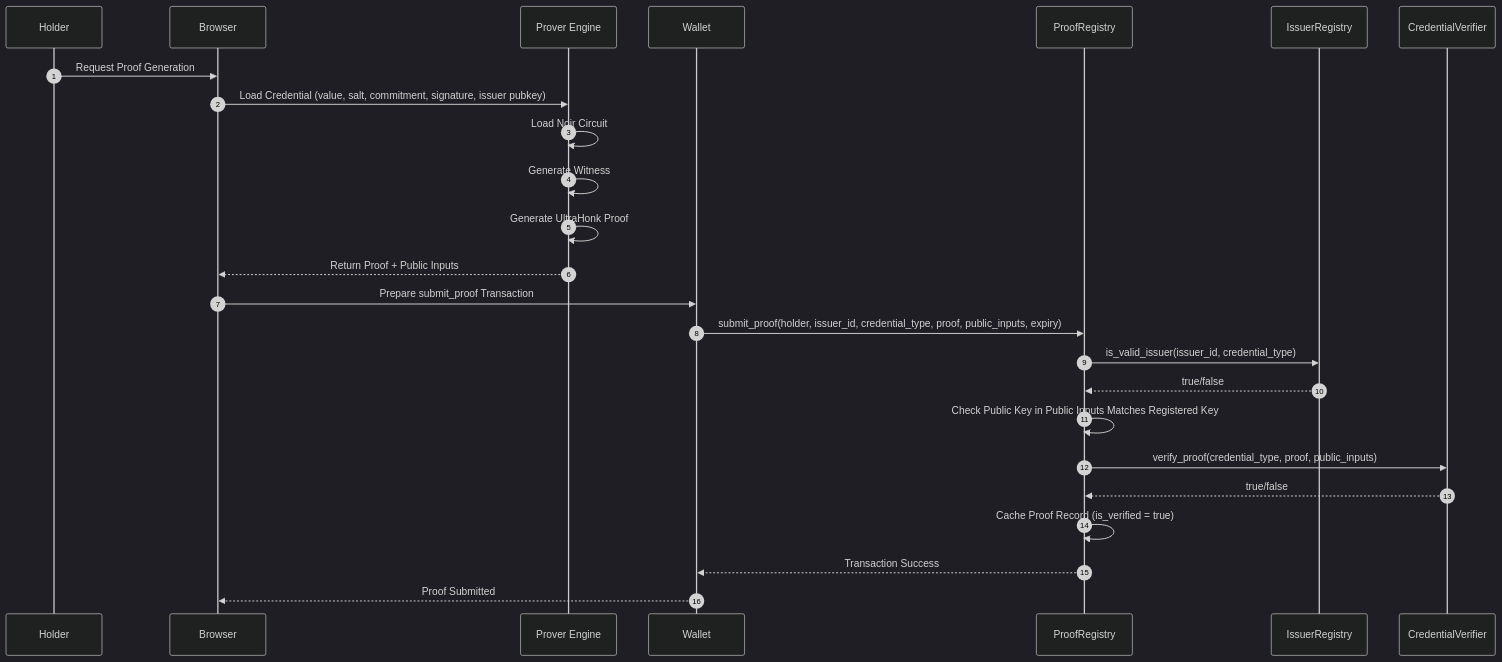
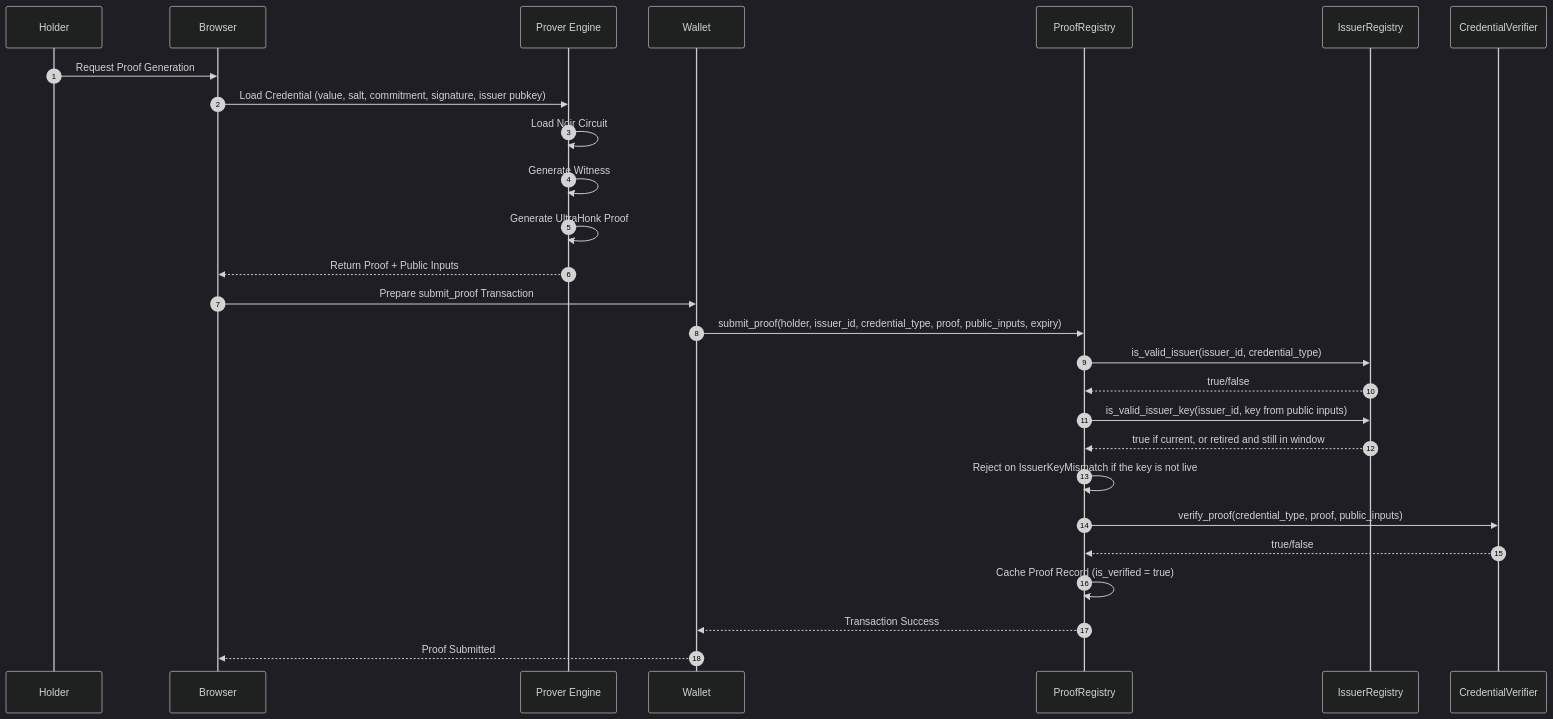
The third of 4 diagrams in docs/ARCHITECTURE.md (AGWAM001/StellarCred), drawn with Mermaid (dark theme) before and after one commit. The commit also changed other lines of this file and 51 other files, not shown here.

First line of the commit message:
feat(issuer-registry): support selective re-issuance on signing key rotation

````diff
--- a/docs/ARCHITECTURE.md
+++ b/docs/ARCHITECTURE.md
@@ -135,28 +135,30 @@
 ```mermaid
 sequenceDiagram
     autonumber
     participant Holder as Holder
     participant Browser as Browser
     participant Prover as Prover Engine
     participant Wallet as Wallet
     participant ProofRegistry as ProofRegistry
     participant IssuerRegistry as IssuerRegistry
     participant Verifier as CredentialVerifier
     
     Holder->>Browser: Request Proof Generation
     Browser->>Prover: Load Credential (value, salt, commitment, signature, issuer pubkey)
     Prover->>Prover: Load Noir Circuit
     Prover->>Prover: Generate Witness
     Prover->>Prover: Generate UltraHonk Proof
     Prover-->>Browser: Return Proof + Public Inputs
     Browser->>Wallet: Prepare submit_proof Transaction
     Wallet->>ProofRegistry: submit_proof(holder, issuer_id, credential_type, proof, public_inputs, expiry)
     ProofRegistry->>IssuerRegistry: is_valid_issuer(issuer_id, credential_type)
     IssuerRegistry-->>ProofRegistry: true/false
-    ProofRegistry->>ProofRegistry: Check Public Key in Public Inputs Matches Registered Key
+    ProofRegistry->>IssuerRegistry: is_valid_issuer_key(issuer_id, key from public inputs)
+    IssuerRegistry-->>ProofRegistry: true if current, or retired and still in window
+    ProofRegistry->>ProofRegistry: Reject on IssuerKeyMismatch if the key is not live
     ProofRegistry->>Verifier: verify_proof(credential_type, proof, public_inputs)
     Verifier-->>ProofRegistry: true/false
     ProofRegistry->>ProofRegistry: Cache Proof Record (is_verified = true)
     ProofRegistry-->>Wallet: Transaction Success
     Wallet-->>Browser: Proof Submitted
 ```
````
